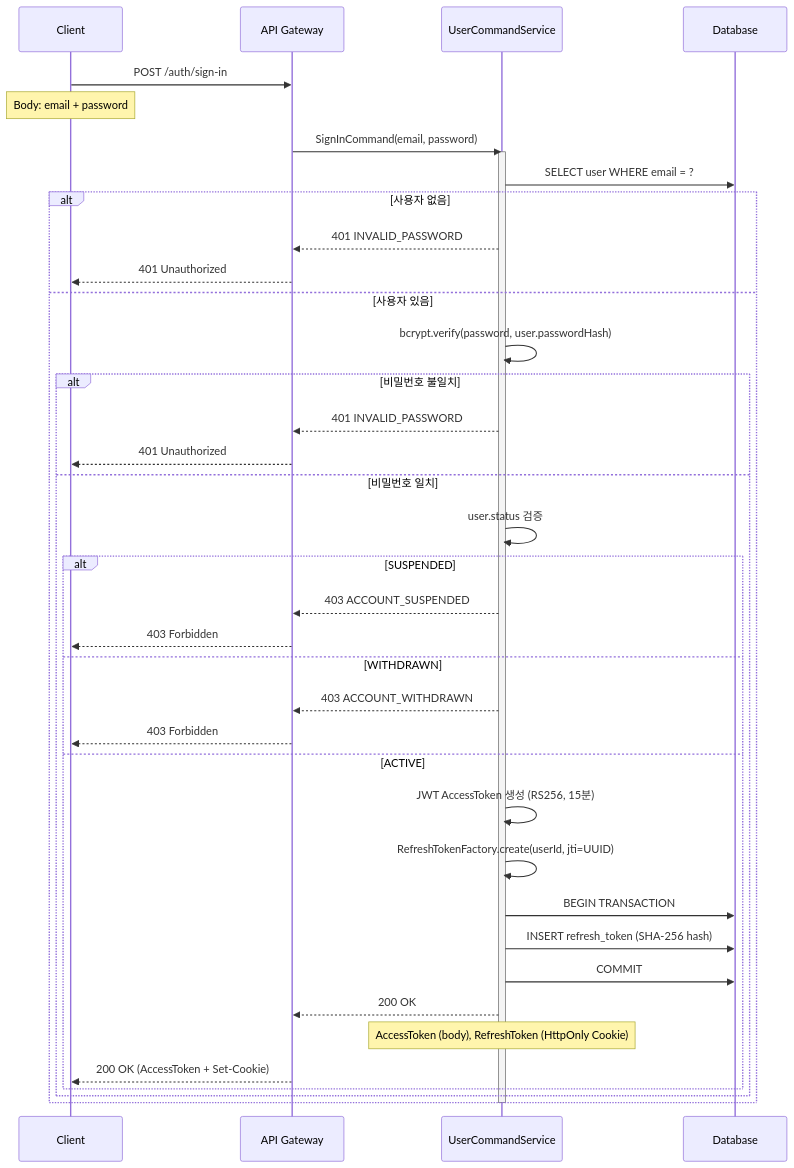
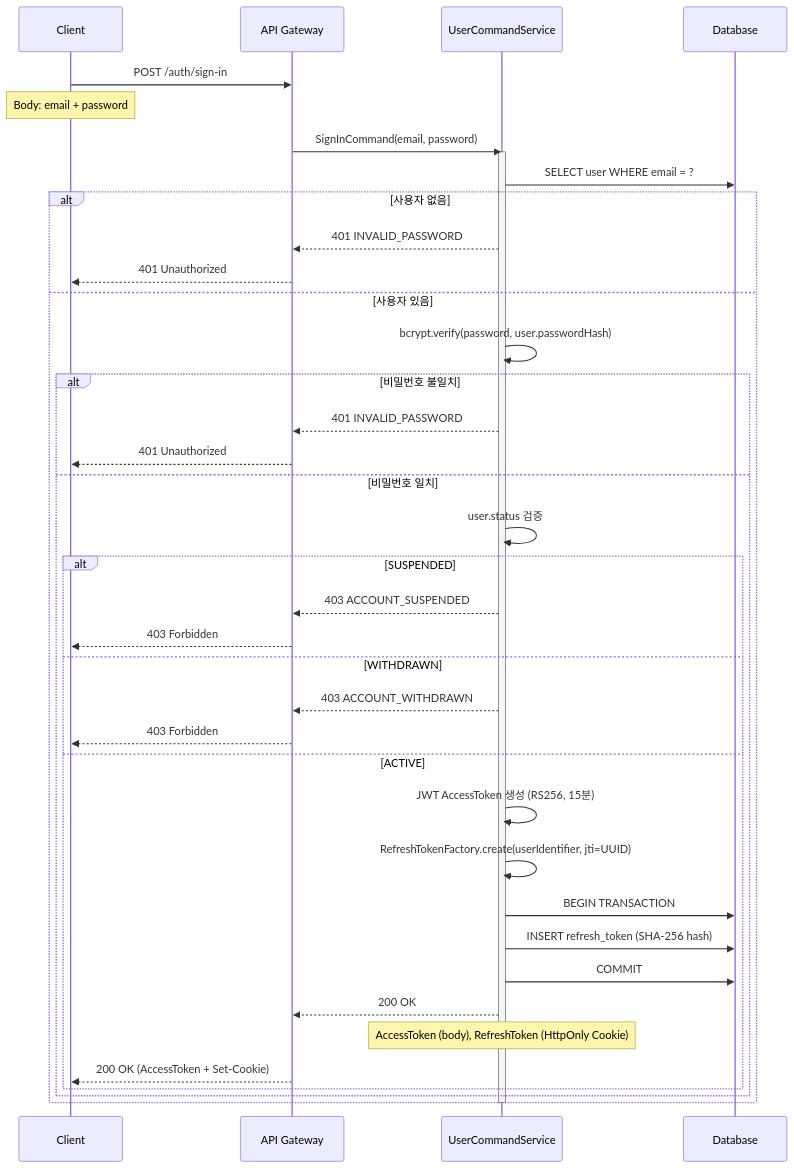
The second of 9 diagrams in backend/user/sequence-diagram.md (Trade-Pilot/.github), drawn with Mermaid before and after one commit. The commit also changed other lines of this file and 17 other files, not shown here.

````diff
--- a/backend/user/sequence-diagram.md
+++ b/backend/user/sequence-diagram.md
@@ -48,45 +48,45 @@
 ```mermaid
 sequenceDiagram
     participant Client
     participant GW as API Gateway
     participant US as UserCommandService
     participant DB as Database
 
     Client->>GW: POST /auth/sign-in
     Note over Client: Body: email + password
     GW->>US: SignInCommand(email, password)
 
     activate US
     US->>DB: SELECT user WHERE email = ?
     alt 사용자 없음
         US-->>GW: 401 INVALID_PASSWORD
         GW-->>Client: 401 Unauthorized
     else 사용자 있음
         US->>US: bcrypt.verify(password, user.passwordHash)
         alt 비밀번호 불일치
             US-->>GW: 401 INVALID_PASSWORD
             GW-->>Client: 401 Unauthorized
         else 비밀번호 일치
             US->>US: user.status 검증
             alt SUSPENDED
                 US-->>GW: 403 ACCOUNT_SUSPENDED
                 GW-->>Client: 403 Forbidden
             else WITHDRAWN
                 US-->>GW: 403 ACCOUNT_WITHDRAWN
                 GW-->>Client: 403 Forbidden
             else ACTIVE
                 US->>US: JWT AccessToken 생성 (RS256, 15분)
-                US->>US: RefreshTokenFactory.create(userId, jti=UUID)
+                US->>US: RefreshTokenFactory.create(userIdentifier, jti=UUID)
 
                 US->>DB: BEGIN TRANSACTION
                 US->>DB: INSERT refresh_token (SHA-256 hash)
                 US->>DB: COMMIT
 
                 US-->>GW: 200 OK
                 Note over US: AccessToken (body), RefreshToken (HttpOnly Cookie)
                 GW-->>Client: 200 OK (AccessToken + Set-Cookie)
             end
         end
     end
     deactivate US
 ```
````
